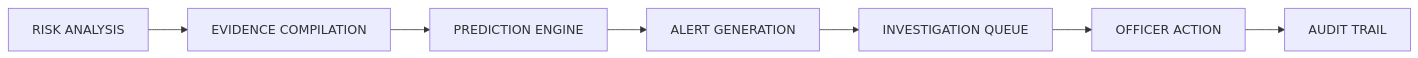
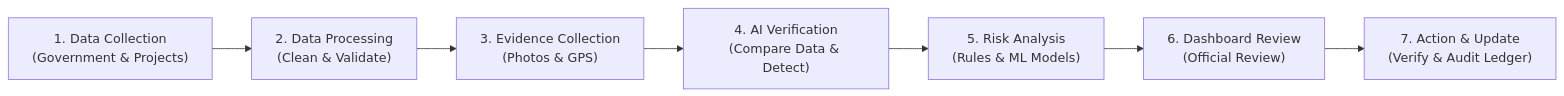
Before and after one commit to prince7z/MPLads: the first of 10 diagrams in README.md, drawn with Mermaid. The commit also changed other lines of this file, not shown here.

````diff
--- a/README.md
+++ b/README.md
@@ -26,9 +29,9 @@
 ```mermaid
 flowchart LR
-    A["RISK ANALYSIS"] --> B["EVIDENCE COMPILATION"]
-    B --> C["PREDICTION ENGINE"]
-    C --> D["ALERT GENERATION"]
-    D --> E["INVESTIGATION QUEUE"]
-    E --> F["OFFICER ACTION"]
-    F --> G["AUDIT TRAIL"]
+    A["1. Data Collection<br/>(Government & Projects)"] --> B["2. Data Processing<br/>(Clean & Validate)"]
+    B --> C["3. Evidence Collection<br/>(Photos & GPS)"]
+    C --> D["4. AI Verification<br/>(Compare Data & Detect)"]
+    D --> E["5. Risk Analysis<br/>(Rules & ML Models)"]
+    E --> F["6. Dashboard Review<br/>(Official Review)"]
+    F --> G["7. Action & Update<br/>(Verify & Audit Ledger)"]
 ```
````
